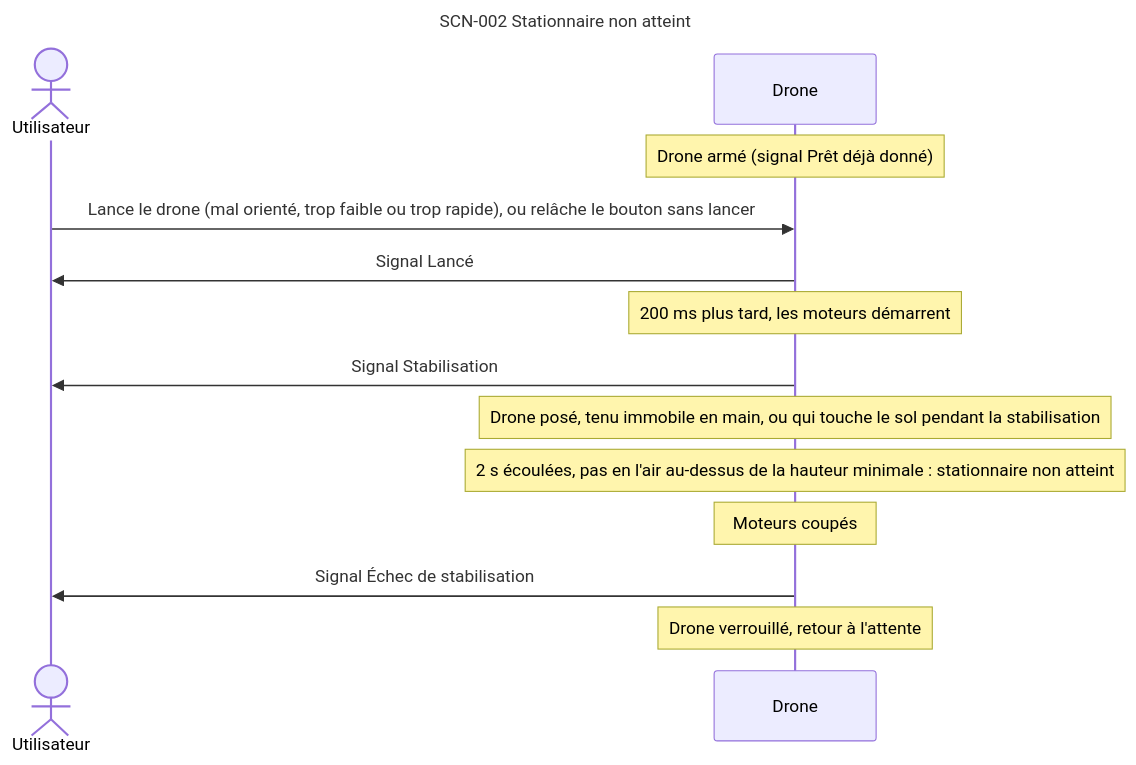
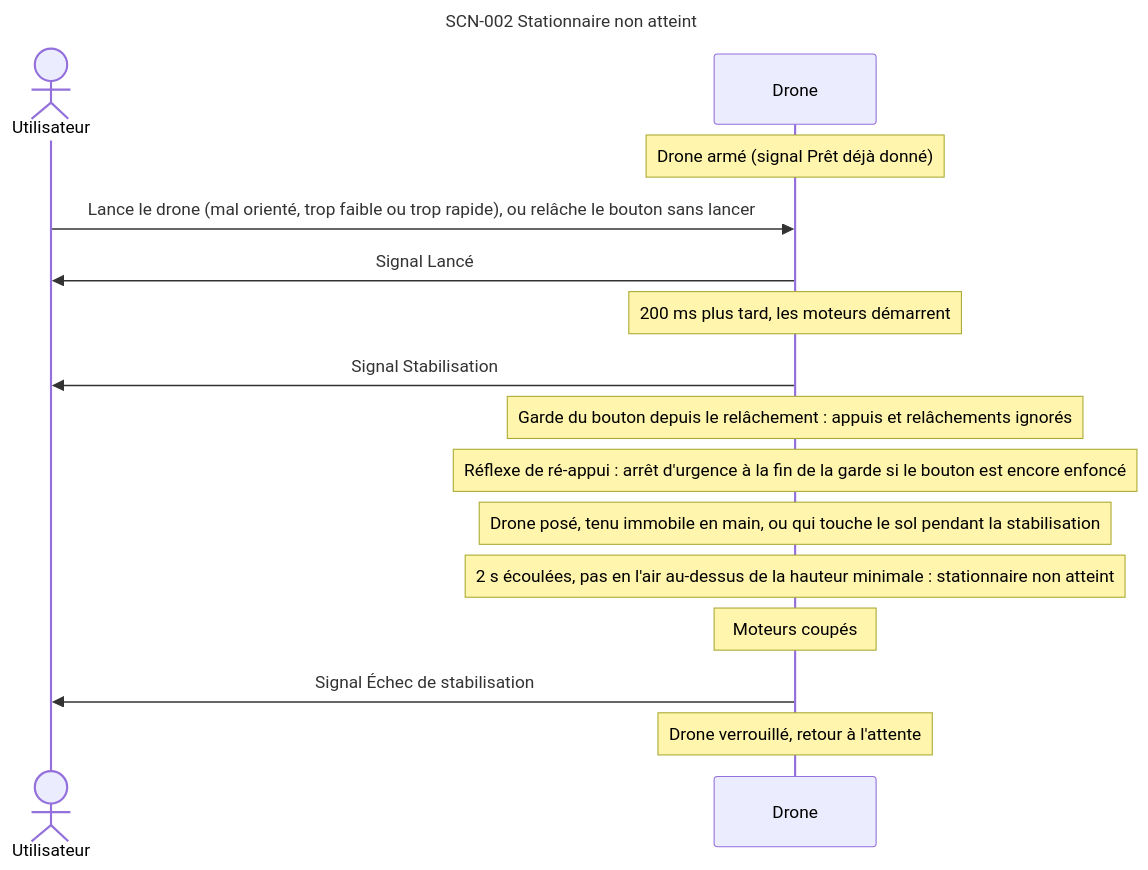
Before and after one commit to thourymatthieu-png/coworker_archi_system: the sixth of 15 diagrams in projets/boomrone/00-scenarios.md, drawn with Mermaid. The commit also changed other lines of this file and 6 other files, not shown here.

Commit message:
Boomrone : DEC-087 à DEC-093 (arrêt d'urgence, garde, signal Refus, mode réglage refusé), doutes DOU-076, DOU-079, DOU-089 à DOU-091 levés

````diff
--- a/projets/boomrone/00-scenarios.md
+++ b/projets/boomrone/00-scenarios.md
@@ -351,18 +368,20 @@
 ```mermaid
 ---
 title: "SCN-002 Stationnaire non atteint"
 ---
 sequenceDiagram
     actor U as Utilisateur
     participant D as Drone
     Note over D: Drone armé (signal Prêt déjà donné)
     U->>D: Lance le drone (mal orienté, trop faible ou trop rapide), ou relâche le bouton sans lancer
     D->>U: Signal Lancé
     Note over D: 200 ms plus tard, les moteurs démarrent
     D->>U: Signal Stabilisation
+    Note over D: Garde du bouton depuis le relâchement : appuis et relâchements ignorés
+    Note over D: Réflexe de ré-appui : arrêt d'urgence à la fin de la garde si le bouton est encore enfoncé
     Note over D: Drone posé, tenu immobile en main, ou qui touche le sol pendant la stabilisation
     Note over D: 2 s écoulées, pas en l'air au-dessus de la hauteur minimale : stationnaire non atteint
     Note over D: Moteurs coupés
     D->>U: Signal Échec de stabilisation
     Note over D: Drone verrouillé, retour à l'attente
 ```
````
